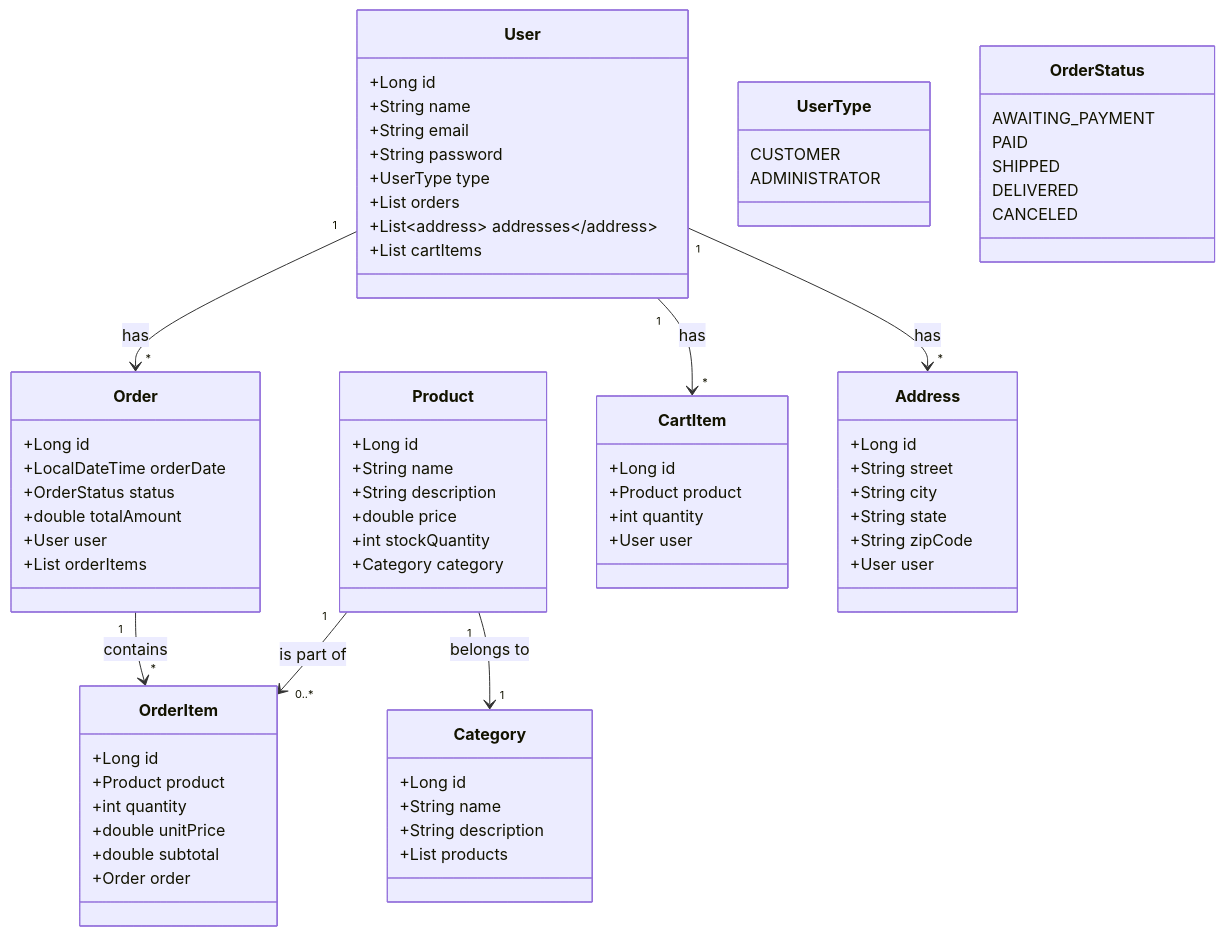
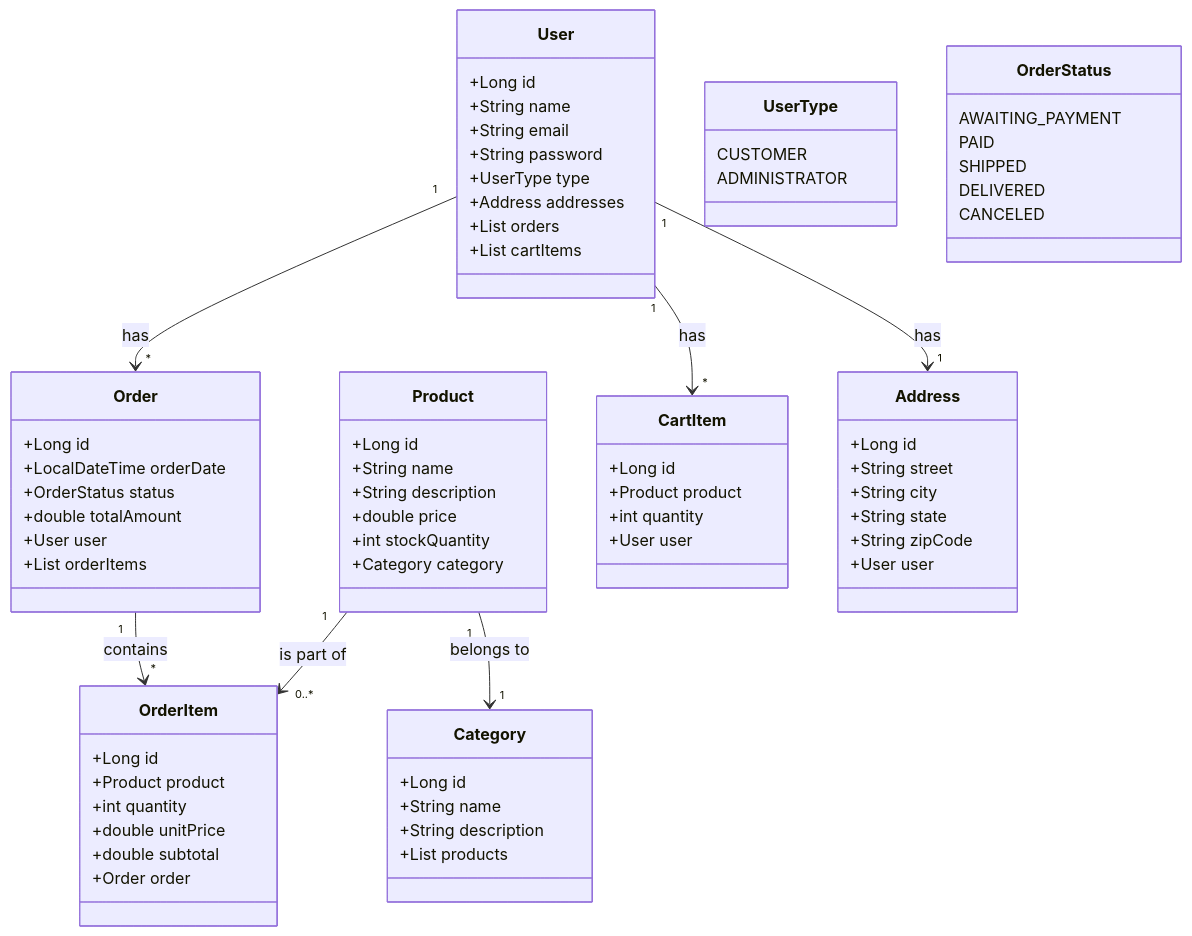
Before and after one commit to Wesley00s/RESTFul-Ecommerce-API: the diagram in README.md, drawn with Mermaid.

```diff
--- a/README.md
+++ b/README.md
@@ -11,8 +11,8 @@
         +String email
         +String password
         +UserType type
+        +Address addresses
         +List<Order> orders
-        +List<Address> addresses
         +List<CartItem> cartItems
     }
 
@@ -80,7 +80,7 @@
     }
 
     User "1" --> "*" Order : has
-    User "1" --> "*" Address : has
+    User "1" --> "1" Address : has
     User "1" --> "*" CartItem : has
     Product "1" --> "0..*" OrderItem : is part of
     Product "1" --> "1" Category : belongs to
```
